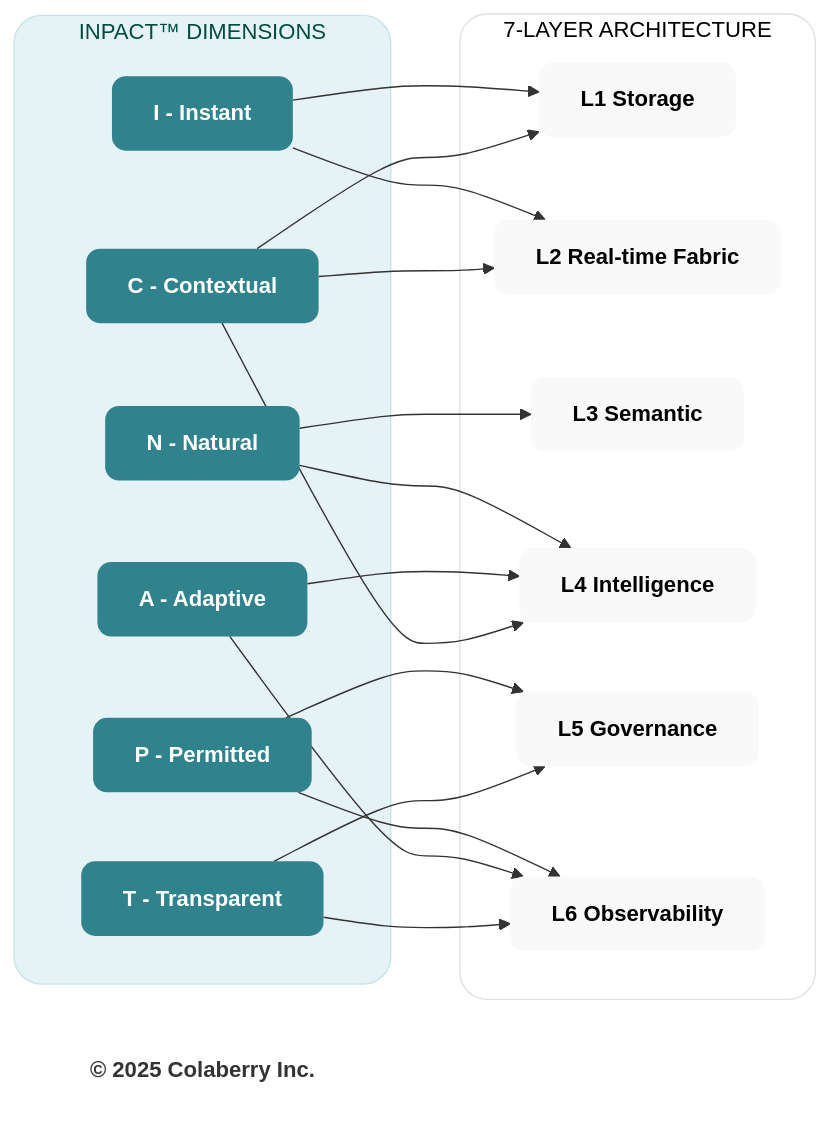
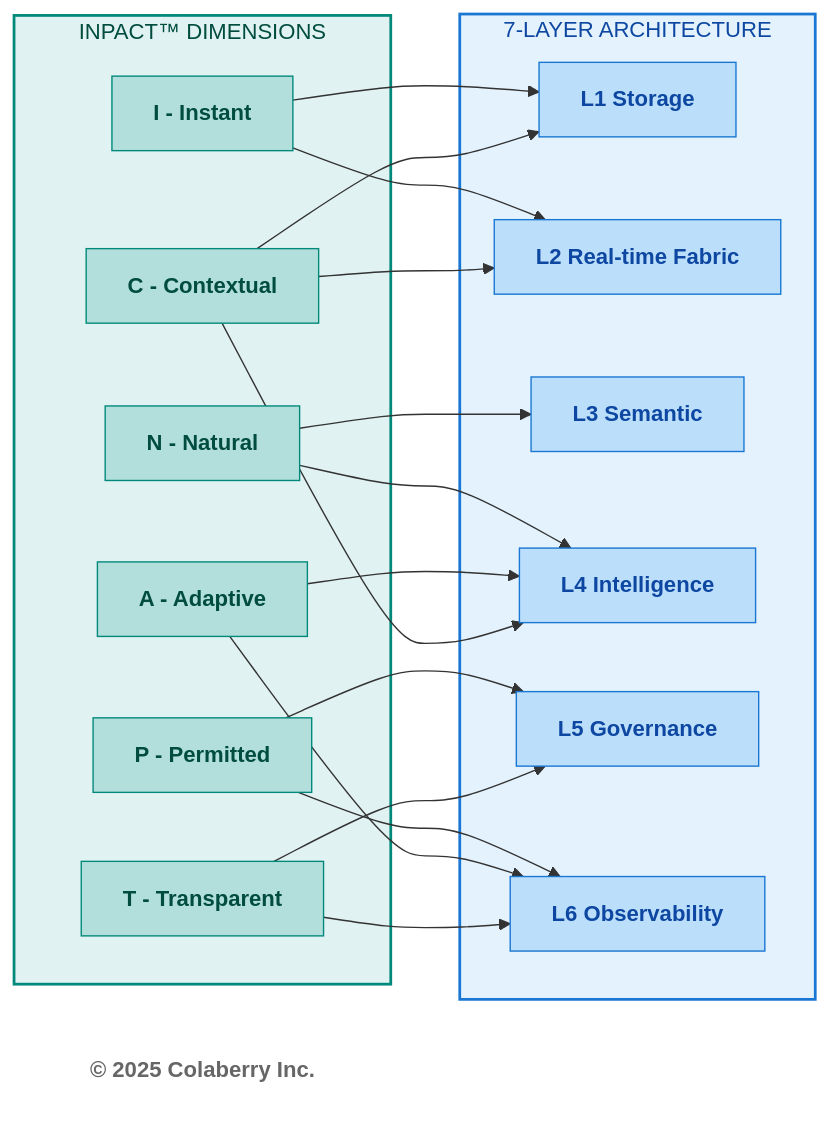
One commit to saitejesh-cyber/trust-before-intelligence-book changed the fourth of 6 diagrams in manuscript/10_chapter_9_measuring_agent_readiness.md. Above: the diagram before and after it, drawn with Mermaid. The commit also changed other lines of this file and 12 other files, not shown here.

Commit message:
Restore legacy Mermaid styles for Option 1

````diff
--- a/manuscript/10_chapter_9_measuring_agent_readiness.md
+++ b/manuscript/10_chapter_9_measuring_agent_readiness.md
@@ -245,52 +245,52 @@
 ```mermaid
 graph LR
     subgraph INPACT["INPACT™ DIMENSIONS"]
         I["<b>I - Instant</b>"]
         N["<b>N - Natural</b>"]
         P["<b>P - Permitted</b>"]
         A["<b>A - Adaptive</b>"]
         C["<b>C - Contextual</b>"]
         T["<b>T - Transparent</b>"]
     end
     
     subgraph LAYERS["7-LAYER ARCHITECTURE"]
         L1["<b>L1 Storage</b>"]
         L2["<b>L2 Real-time Fabric</b>"]
         L3["<b>L3 Semantic</b>"]
         L4["<b>L4 Intelligence</b>"]
         L5["<b>L5 Governance</b>"]
         L6["<b>L6 Observability</b>"]
     end
     
     I --> L1
     I --> L2
     N --> L3
     N --> L4
     P --> L5
     P --> L6
     A --> L4
     A --> L6
     C --> L1
     C --> L2
     C --> L4
     T --> L5
     T --> L6
     
     Copyright["<b>© 2025 Colaberry Inc.</b>"]
     
-    style INPACT fill:#e6f3f6,stroke:#c7e3ea,stroke-width:1px,color:#004d40,rx:20,ry:20
-    style LAYERS fill:#ffffff,stroke:#e0e0e0,stroke-width:1px,color:#000000,rx:20,ry:20
-    style I fill:#30838C,stroke:none,color:#ffffff,rx:10,ry:10
-    style N fill:#30838C,stroke:none,color:#ffffff,rx:10,ry:10
-    style P fill:#30838C,stroke:none,color:#ffffff,rx:10,ry:10
-    style A fill:#30838C,stroke:none,color:#ffffff,rx:10,ry:10
-    style C fill:#30838C,stroke:none,color:#ffffff,rx:10,ry:10
-    style T fill:#30838C,stroke:none,color:#ffffff,rx:10,ry:10
-    style L1 fill:#f9f9f9,stroke:none,color:#000000,rx:10,ry:10
-    style L2 fill:#f9f9f9,stroke:none,color:#000000,rx:10,ry:10
-    style L3 fill:#f9f9f9,stroke:none,color:#000000,rx:10,ry:10
-    style L4 fill:#f9f9f9,stroke:none,color:#000000,rx:10,ry:10
-    style L5 fill:#f9f9f9,stroke:none,color:#000000,rx:10,ry:10
-    style L6 fill:#f9f9f9,stroke:none,color:#000000,rx:10,ry:10
-    style Copyright fill:none,stroke:none,color:#333333
+    style INPACT fill:#e0f2f1,stroke:#00897b,stroke-width:2px,color:#004d40
+    style LAYERS fill:#e3f2fd,stroke:#1976d2,stroke-width:2px,color:#0d47a1
+    style I fill:#b2dfdb,stroke:#00897b,color:#004d40
+    style N fill:#b2dfdb,stroke:#00897b,color:#004d40
+    style P fill:#b2dfdb,stroke:#00897b,color:#004d40
+    style A fill:#b2dfdb,stroke:#00897b,color:#004d40
+    style C fill:#b2dfdb,stroke:#00897b,color:#004d40
+    style T fill:#b2dfdb,stroke:#00897b,color:#004d40
+    style L1 fill:#bbdefb,stroke:#1976d2,color:#0d47a1
+    style L2 fill:#bbdefb,stroke:#1976d2,color:#0d47a1
+    style L3 fill:#bbdefb,stroke:#1976d2,color:#0d47a1
+    style L4 fill:#bbdefb,stroke:#1976d2,color:#0d47a1
+    style L5 fill:#bbdefb,stroke:#1976d2,color:#0d47a1
+    style L6 fill:#bbdefb,stroke:#1976d2,color:#0d47a1
+    style Copyright fill:#ffffff,stroke:none,color:#666666
 ```
````
